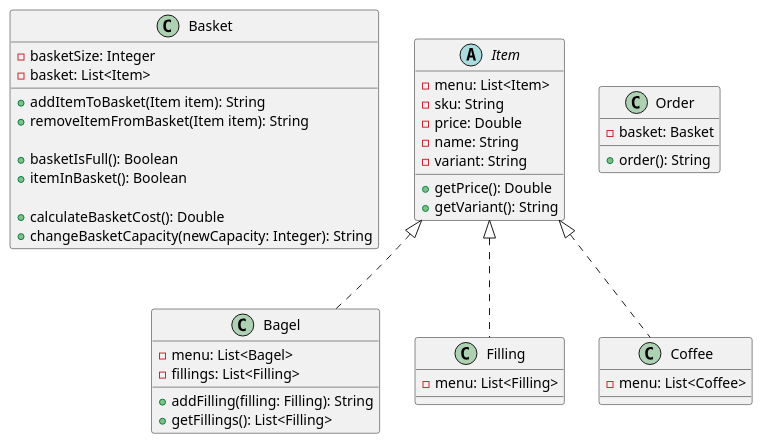
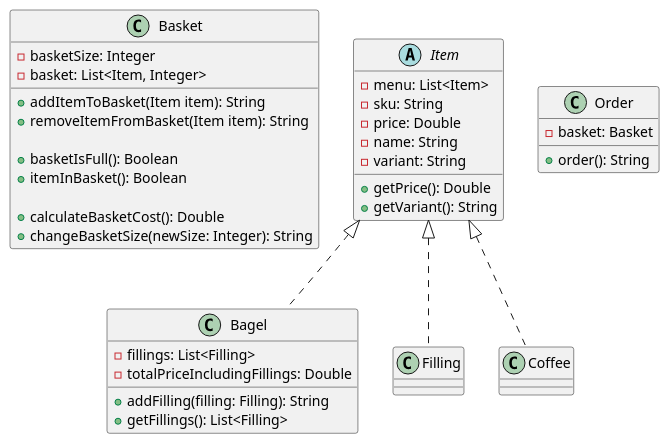
The diagram in classDiagram.puml (boolean-uk/java-tdd-oop-bobs-bagels), drawn with PlantUML before and after one commit. The commit also changed 1 other file, not shown here.

Commit message:
Minor adjustments to class diagram, and created domain model

```diff
--- a/classDiagram.puml
+++ b/classDiagram.puml
@@ -1,49 +1,46 @@
 @startuml
 
 Class Basket {
     - basketSize: Integer
-    - basket: List<Item>
+    - basket: List<Item, Integer>
 
     + addItemToBasket(Item item): String
     + removeItemFromBasket(Item item): String
 
     + basketIsFull(): Boolean
     + itemInBasket(): Boolean
 
     + calculateBasketCost(): Double
-    + changeBasketCapacity(newCapacity: Integer): String
+    + changeBasketSize(newSize: Integer): String
 }
 
 Abstract Class Item {
     - menu: List<Item>
     - sku: String
     - price: Double
     - name: String
     - variant: String
 
     + getPrice(): Double
     + getVariant(): String
 }
 
 Class Bagel Implements Item {
-    - menu: List<Bagel>
     - fillings: List<Filling>
-
+    - totalPriceIncludingFillings: Double
     + addFilling(filling: Filling): String
     + getFillings(): List<Filling>
 }
 
 Class Filling Implements Item {
-    - menu: List<Filling>
 }
 
 Class Coffee Implements Item {
-    - menu: List<Coffee>
 }
 
 Class Order {
     - basket: Basket
     + order(): String
 }
 
 @enduml
```
